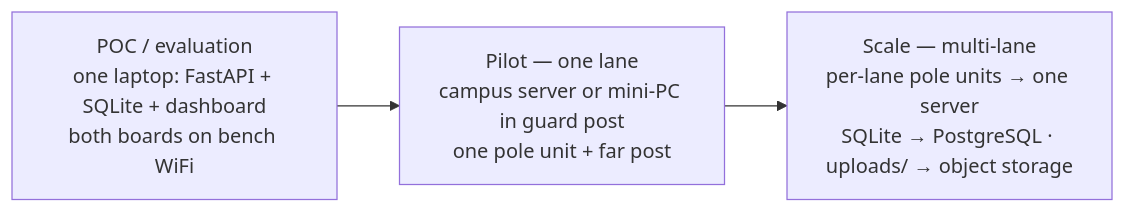
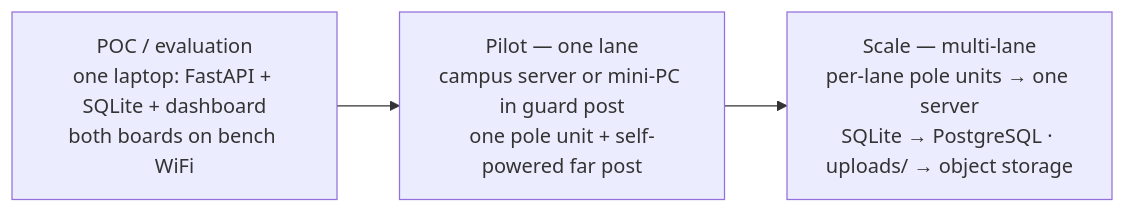
Before and after one commit to qppd/safeway: the third of 3 diagrams in docs/SYSTEM-ARCHITECTURE.md, drawn with Mermaid. The commit also changed other lines of this file and 11 other files, not shown here.

First line of the commit message:
Split power: 4 supplies, dual far-post beams, CAM self-trigger

````diff
--- a/docs/SYSTEM-ARCHITECTURE.md
+++ b/docs/SYSTEM-ARCHITECTURE.md
@@ -80,4 +84,4 @@
 ```mermaid
 flowchart LR
-    POC["POC / evaluation<br/>one laptop: FastAPI + SQLite + dashboard<br/>both boards on bench WiFi"] --> PILOT["Pilot — one lane<br/>campus server or mini-PC in guard post<br/>one pole unit + far post"] --> SCALE["Scale — multi-lane<br/>per-lane pole units → one server<br/>SQLite → PostgreSQL · uploads/ → object storage"]
+    POC["POC / evaluation<br/>one laptop: FastAPI + SQLite + dashboard<br/>both boards on bench WiFi"] --> PILOT["Pilot — one lane<br/>campus server or mini-PC in guard post<br/>one pole unit + self-powered far post"] --> SCALE["Scale — multi-lane<br/>per-lane pole units → one server<br/>SQLite → PostgreSQL · uploads/ → object storage"]
 ```
````
